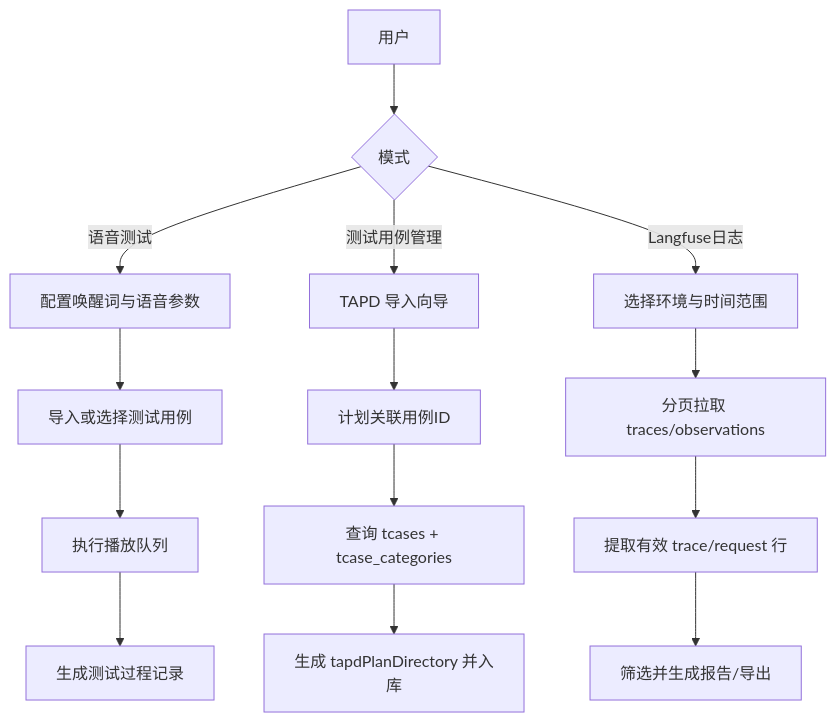
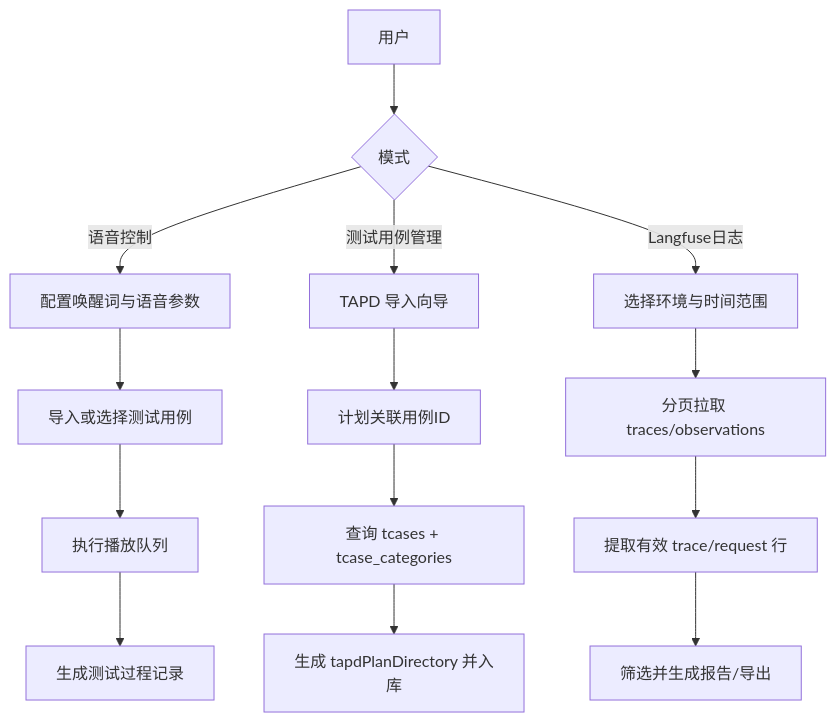
One commit to lilyluvchina-Work/VoiceAuto changed the second of 3 diagrams in docs/architecture/product-architecture.md. Above: the diagram before and after it, drawn with Mermaid. The commit also changed other lines of this file and 54 other files, not shown here.

````diff
--- a/docs/architecture/product-architecture.md
+++ b/docs/architecture/product-architecture.md
@@ -49,19 +59,19 @@
 ```mermaid
 flowchart TD
   U[用户] --> M{模式}
 
-  M -->|语音测试| V1[配置唤醒词与语音参数]
+  M -->|语音控制| V1[配置唤醒词与语音参数]
   V1 --> V2[导入或选择测试用例]
   V2 --> V3[执行播放队列]
   V3 --> V4[生成测试过程记录]
 
   M -->|测试用例管理| C1[TAPD 导入向导]
   C1 --> C2[计划关联用例ID]
   C2 --> C3[查询 tcases + tcase_categories]
   C3 --> C4[生成 tapdPlanDirectory 并入库]
 
   M -->|Langfuse日志| L1[选择环境与时间范围]
   L1 --> L2[分页拉取 traces/observations]
   L2 --> L3[提取有效 trace/request 行]
   L3 --> L4[筛选并生成报告/导出]
 ```
````
